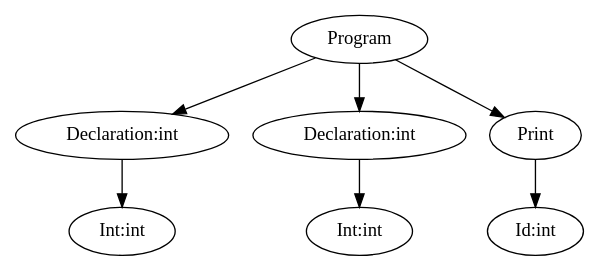
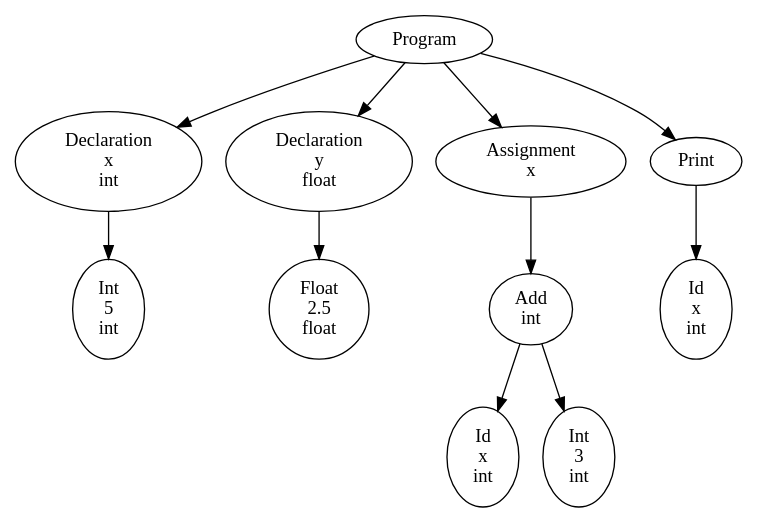
Before and after one commit to tomasbh7/Compiladores: the diagram in practica6/ast.dot, drawn with Graphviz. The commit also changed 8 other files, not shown here.

```diff
--- a/practica6/ast.dot
+++ b/practica6/ast.dot
@@ -1,15 +1,23 @@
 digraph AST {
-node0 [label="Program"];
-node1 [label="Declaration:int"];
-node2 [label="Int:int"];
-node1 -> node2;
-node0 -> node1;
-node3 [label="Declaration:int"];
-node4 [label="Int:int"];
-node3 -> node4;
-node0 -> node3;
-node5 [label="Print"];
-node6 [label="Id:int"];
-node5 -> node6;
-node0 -> node5;
+  node0 [label="Program"];
+  node1 [label="Declaration\nx\nint"];
+  node2 [label="Int\n5\nint"];
+  node1 -> node2;
+  node0 -> node1;
+  node3 [label="Declaration\ny\nfloat"];
+  node4 [label="Float\n2.5\nfloat"];
+  node3 -> node4;
+  node0 -> node3;
+  node5 [label="Assignment\nx"];
+  node6 [label="Add\nint"];
+  node7 [label="Id\nx\nint"];
+  node6 -> node7;
+  node8 [label="Int\n3\nint"];
+  node6 -> node8;
+  node5 -> node6;
+  node0 -> node5;
+  node9 [label="Print"];
+  node10 [label="Id\nx\nint"];
+  node9 -> node10;
+  node0 -> node9;
 }
```
